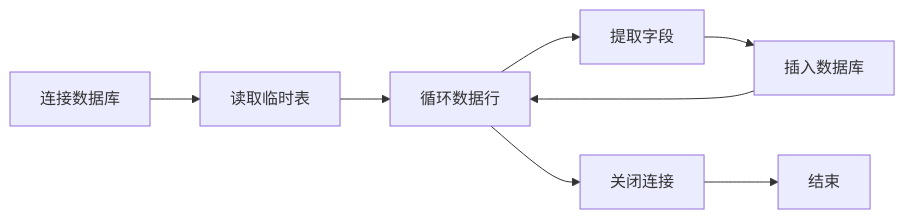
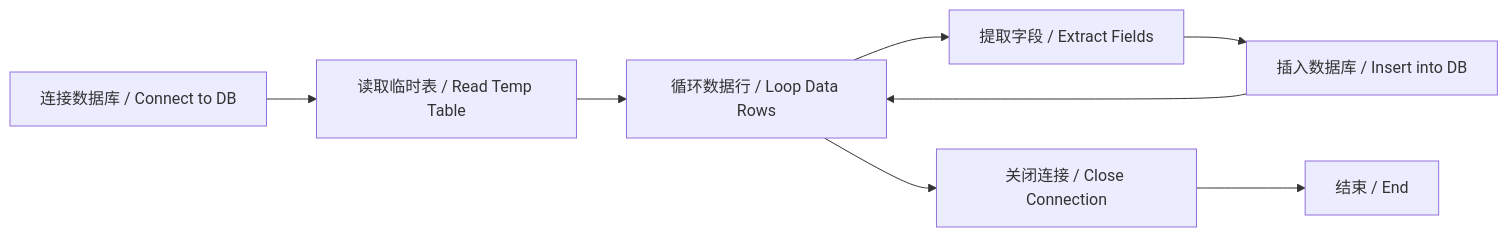
One commit to 041008Ashley/2025-platform-price-crawling-tool changed the fourth of 6 diagrams in README.md. Above: the diagram before and after it, drawn with Mermaid. The commit also changed other lines of this file, not shown here.

````diff
--- a/README.md
+++ b/README.md
@@ -132,10 +132,10 @@
 ```mermaid
 graph LR
-    AA[连接数据库] --> AB[读取临时表]
-    AB --> AC[循环数据行]
-    AC --> AD[提取字段]
-    AD --> AE[插入数据库]
+    AA[连接数据库 / Connect to DB] --> AB[读取临时表 / Read Temp Table]
+    AB --> AC[循环数据行 / Loop Data Rows]
+    AC --> AD[提取字段 / Extract Fields]
+    AD --> AE[插入数据库 / Insert into DB]
     AE --> AC
-    AC --> AF[关闭连接]
-    AF --> AG[结束]
+    AC --> AF[关闭连接 / Close Connection]
+    AF --> AG[结束 / End]
 ```
````
